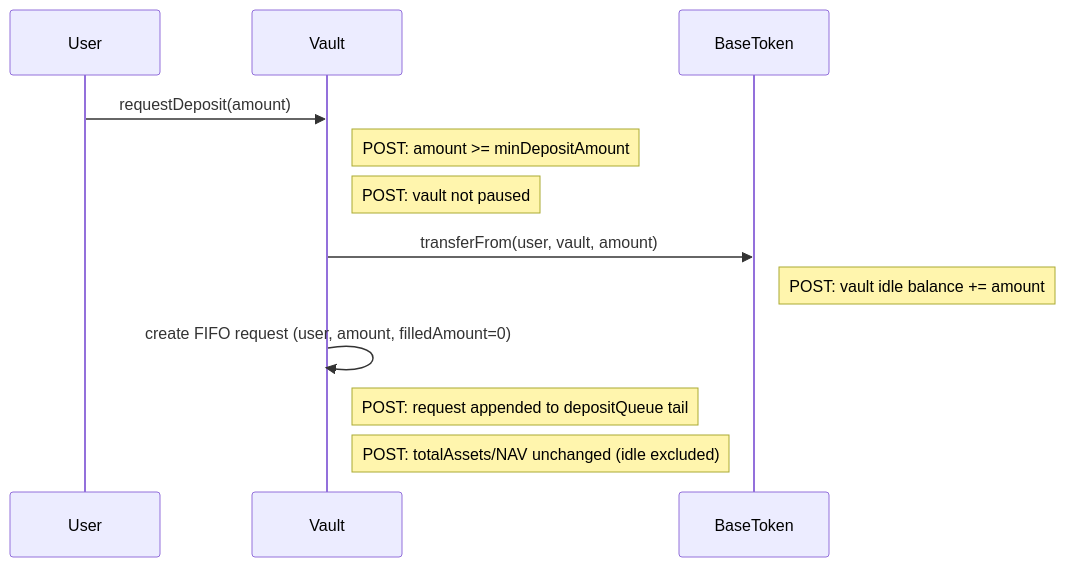
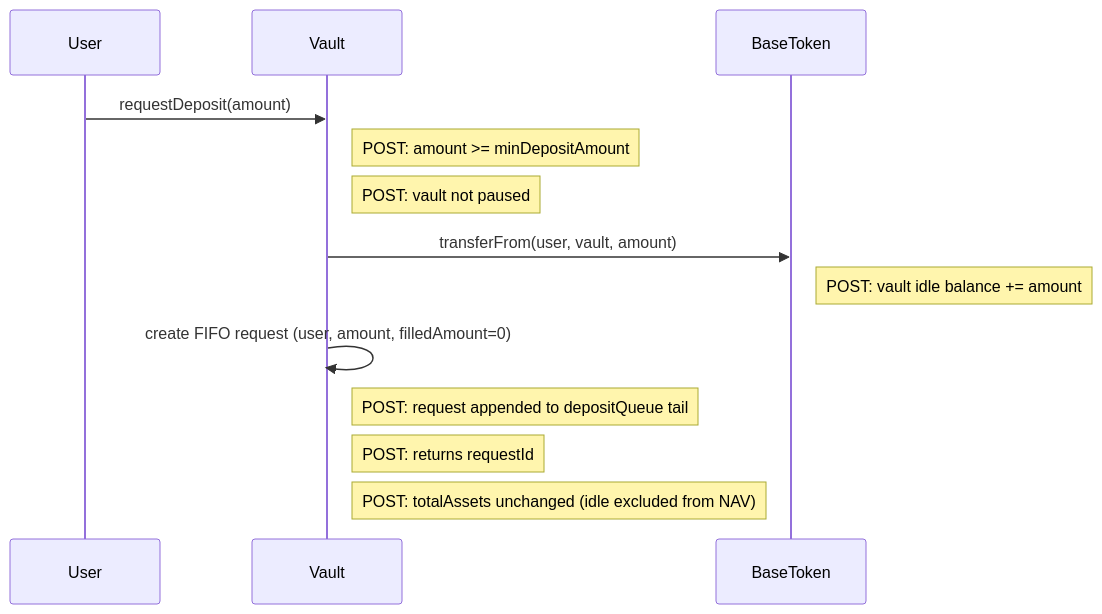
Before and after one commit to evgenynacu/leverage-vaults: the first of 22 diagrams in docs/architecture/call-diagrams.md, drawn with Mermaid. The commit also changed other lines of this file and 18 other files, not shown here.

````diff
--- a/docs/architecture/call-diagrams.md
+++ b/docs/architecture/call-diagrams.md
@@ -7,11 +7,12 @@
 ```mermaid
 sequenceDiagram
     User->>Vault: requestDeposit(amount)
     note right of Vault: POST: amount >= minDepositAmount
     note right of Vault: POST: vault not paused
     Vault->>BaseToken: transferFrom(user, vault, amount)
     note right of BaseToken: POST: vault idle balance += amount
     Vault->>Vault: create FIFO request (user, amount, filledAmount=0)
     note right of Vault: POST: request appended to depositQueue tail
-    note right of Vault: POST: totalAssets/NAV unchanged (idle excluded)
+    note right of Vault: POST: returns requestId
+    note right of Vault: POST: totalAssets unchanged (idle excluded from NAV)
 ```
````
